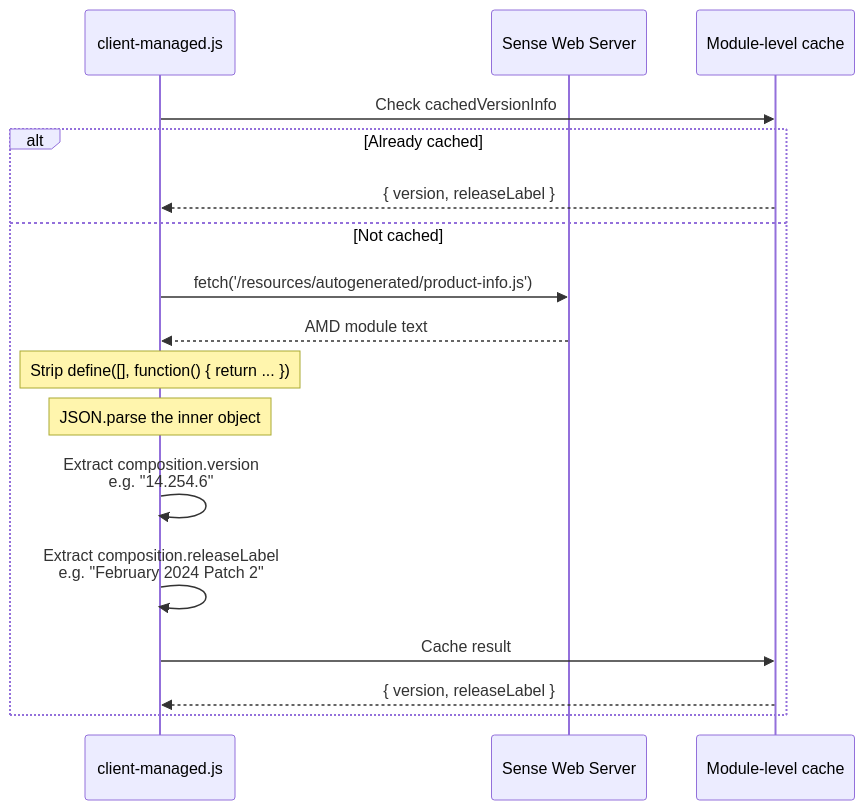
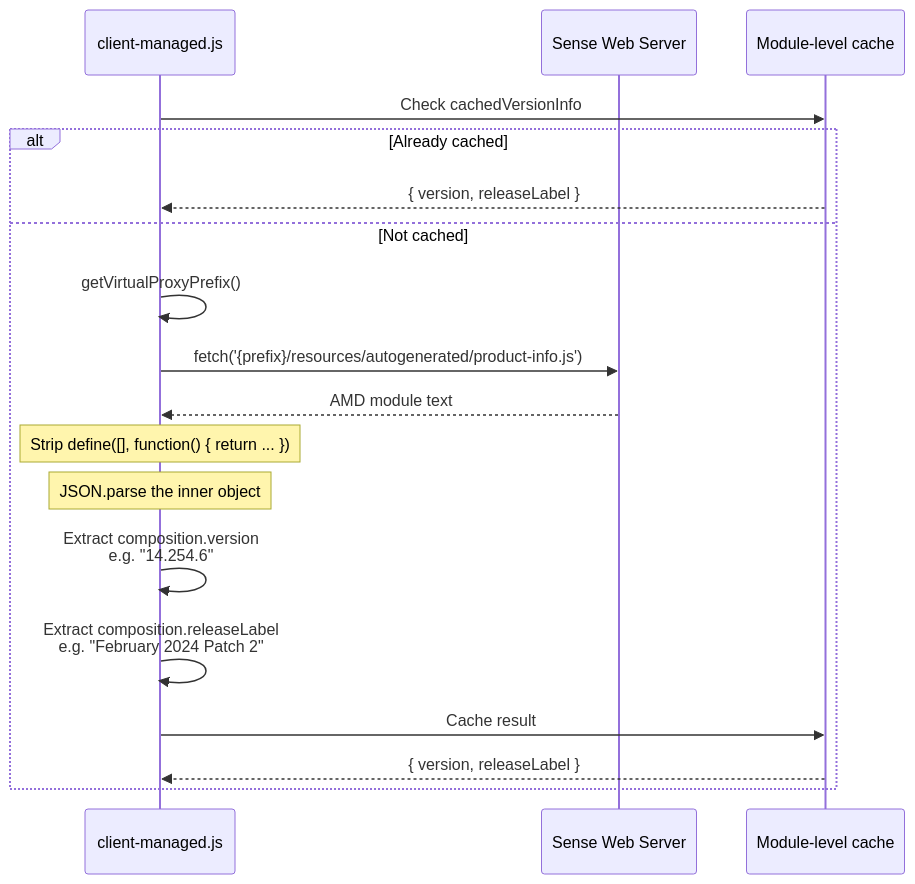
Before and after one commit to ptarmiganlabs/onboard.qs: the second of 5 diagrams in docs/PLATFORM-DETECTION.md, drawn with Mermaid. The commit also changed other lines of this file and 2 other files, not shown here.

First line of the commit message:
fix: prepend virtual proxy prefix to product-info.js fetch URL

````diff
--- a/docs/PLATFORM-DETECTION.md
+++ b/docs/PLATFORM-DETECTION.md
@@ -67,20 +67,21 @@
 ```mermaid
 sequenceDiagram
     participant CM as client-managed.js
     participant FS as Sense Web Server
     participant Cache as Module-level cache
 
     CM->>Cache: Check cachedVersionInfo
     alt Already cached
         Cache-->>CM: { version, releaseLabel }
     else Not cached
-        CM->>FS: fetch('/resources/autogenerated/product-info.js')
+        CM->>CM: getVirtualProxyPrefix()
+        CM->>FS: fetch('{prefix}/resources/autogenerated/product-info.js')
         FS-->>CM: AMD module text
         Note over CM: Strip define([], function() { return ... })
         Note over CM: JSON.parse the inner object
         CM->>CM: Extract composition.version<br/>e.g. "14.254.6"
         CM->>CM: Extract composition.releaseLabel<br/>e.g. "February 2024 Patch 2"
         CM->>Cache: Cache result
         Cache-->>CM: { version, releaseLabel }
     end
 ```
````
